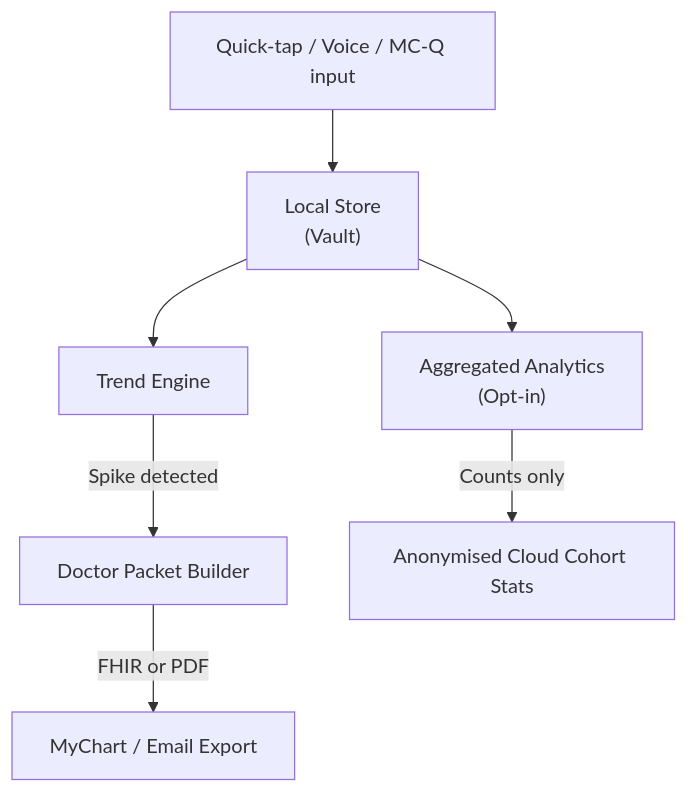
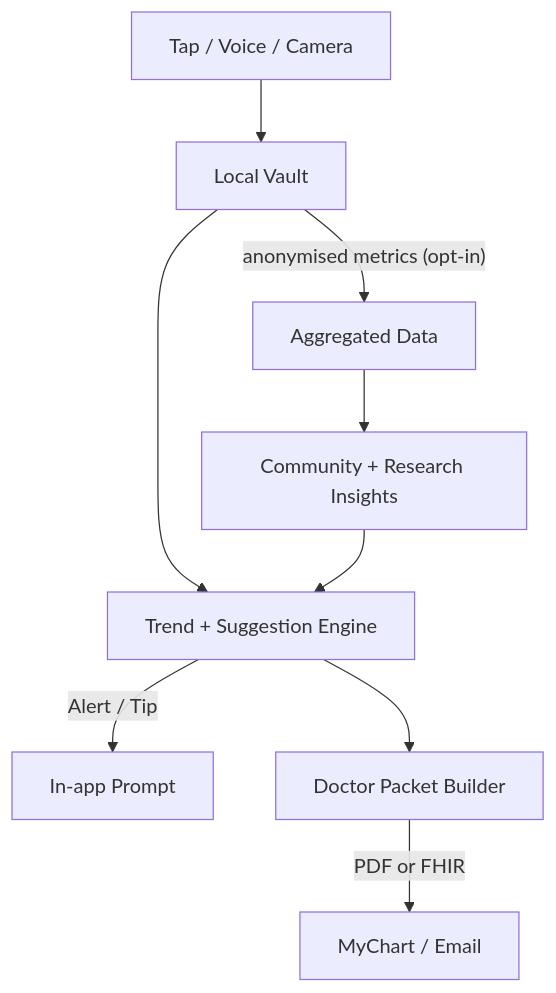
One commit to adityasingh2400/Chroncurrency changed the second of 3 diagrams in README.md. Above: the diagram before and after it, drawn with Mermaid. The commit also changed other lines of this file, not shown here.

````diff
--- a/README.md
+++ b/README.md
@@ -69,10 +75,17 @@
 ```mermaid
 graph TD
-    A["Quick-tap / Voice / MC-Q input"] --> B["Local Store<br/>(Vault)"]
-    B --> C["Trend Engine"]
-    C -- "Spike detected" --> D["Doctor Packet Builder"]
-    D -- "FHIR or PDF" --> E["MyChart / Email Export"]
+    %% ─────── USER FLOW ───────
+    Input["Tap / Voice / Camera"] --> Vault["Local Vault"]
+    Vault --> Engine["Trend + Suggestion Engine"]
+    Engine -- "Alert / Tip" --> Notify["In-app Prompt"]
 
-    B --> F["Aggregated Analytics<br/>(Opt-in)"]
-    F -- "Counts only" --> G["Anonymised Cloud Cohort Stats"]
+    %% Doctor packet path
+    Engine --> Packet["Doctor Packet Builder"]
+    Packet -- "PDF or FHIR" --> Portal["MyChart / Email"]
+
+    %% Community insight loop (consent-based)
+    Vault -- "anonymised metrics (opt-in)" --> Anon["Aggregated Data"]
+    Anon --> Insight["Community + Research Insights"]
+    Insight --> Engine
+
 ```
````
